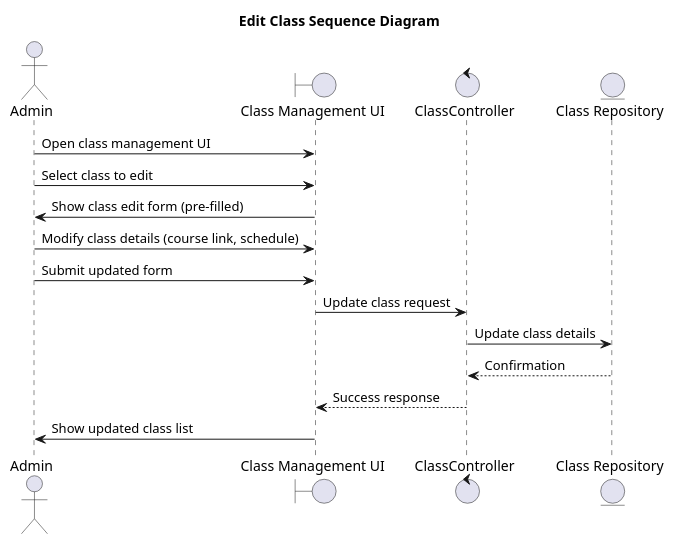
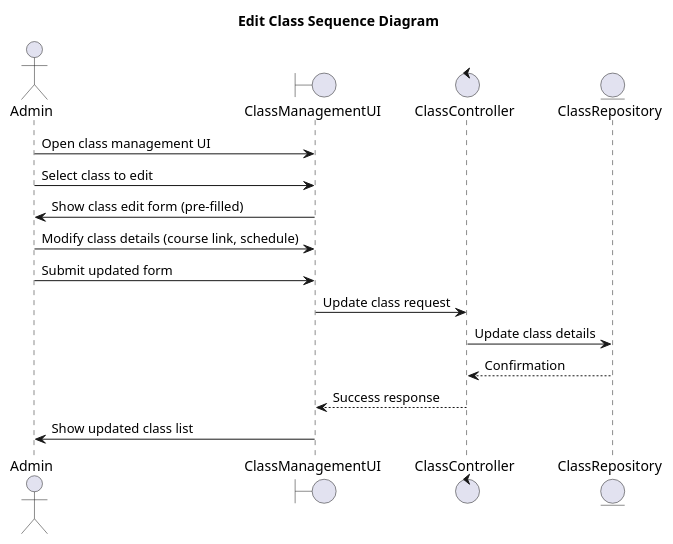
The diagram in docs/2. Diagrams/Sequence diagram/5. ManageClasses/EditClasses.pu (Huangphoux/uit-SE357_requirement), drawn with PlantUML before and after one commit. The commit also changed 41 other files, not shown here.

Commit message:
Add all sequence diagrams

```diff
--- a/docs/2. Diagrams/Sequence diagram/5. ManageClasses/EditClasses.pu
+++ b/docs/2. Diagrams/Sequence diagram/5. ManageClasses/EditClasses.pu
@@ -1,20 +1,20 @@
 @startuml EditClass
 title Edit Class Sequence Diagram
 
 actor Admin
-boundary "Class Management UI"
-control "ClassController"
-entity "Class Repository"
+boundary ClassManagementUI
+control ClassController
+entity ClassRepository
 
-Admin -> "Class Management UI" : Open class management UI
-Admin -> "Class Management UI" : Select class to edit
-"Class Management UI" -> Admin : Show class edit form (pre-filled)
-Admin -> "Class Management UI" : Modify class details (course link, schedule)
-Admin -> "Class Management UI" : Submit updated form
-"Class Management UI" -> "ClassController" : Update class request
-"ClassController" -> "Class Repository" : Update class details
-"Class Repository" --> "ClassController" : Confirmation
-"ClassController" --> "Class Management UI" : Success response
-"Class Management UI" -> Admin : Show updated class list
+Admin -> ClassManagementUI : Open class management UI
+Admin -> ClassManagementUI : Select class to edit
+ClassManagementUI -> Admin : Show class edit form (pre-filled)
+Admin -> ClassManagementUI : Modify class details (course link, schedule)
+Admin -> ClassManagementUI : Submit updated form
+ClassManagementUI -> ClassController : Update class request
+ClassController -> ClassRepository : Update class details
+ClassRepository --> ClassController : Confirmation
+ClassController --> ClassManagementUI : Success response
+ClassManagementUI -> Admin : Show updated class list
 
 @enduml
```
